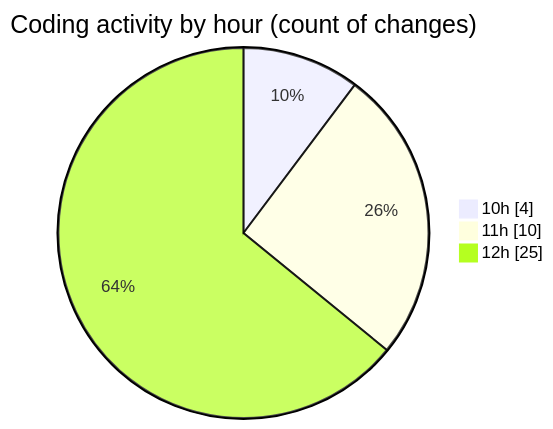
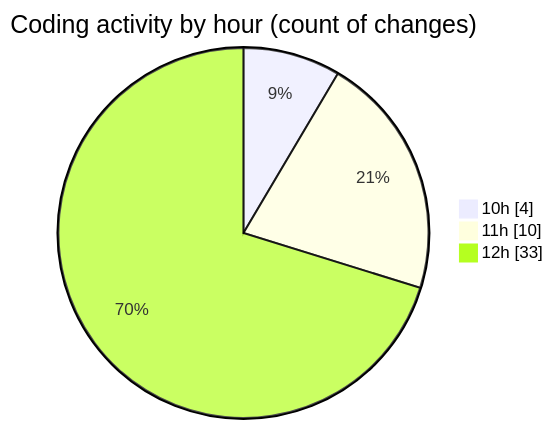
One commit to nxtqubesakshisongat/code-tracking changed the second of 2 diagrams in 2026-03-05/nxtqube_webapp/README.md. Above: the diagram before and after it, drawn with Mermaid. The commit also changed other lines of this file and 1 other file, not shown here.

````diff
--- a/2026-03-05/nxtqube_webapp/README.md
+++ b/2026-03-05/nxtqube_webapp/README.md
@@ -29,7 +29,7 @@
 ```mermaid
 pie showData
 title Coding activity by hour (count of changes)
 "10h" : 4
 "11h" : 10
-"12h" : 25
+"12h" : 33
 ```
````
